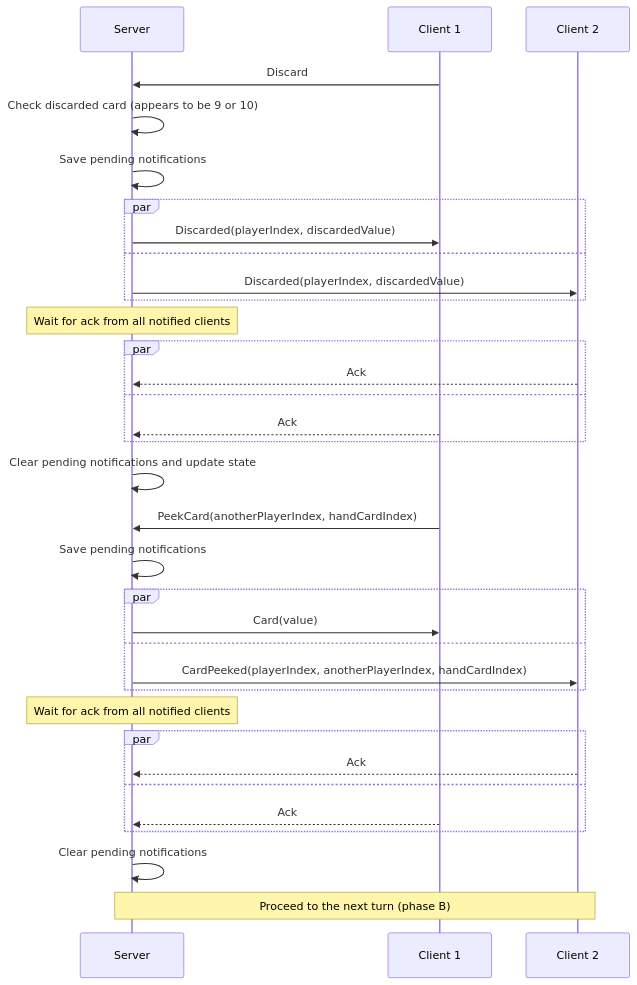
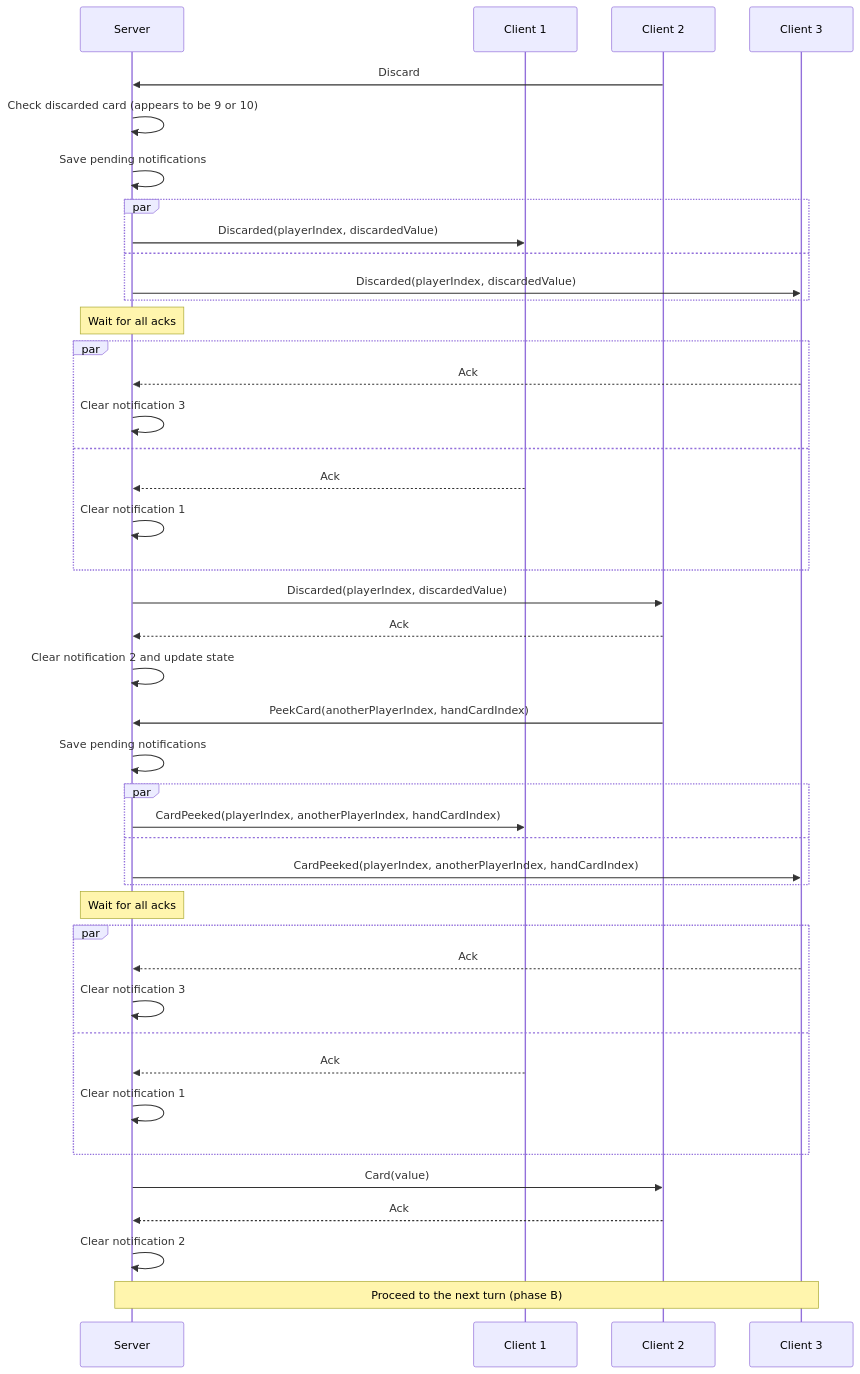
Diagram 12 of 15 in README.md (roman-zubarevich/another), drawn with Mermaid before and after one commit. The commit also changed other lines of this file, not shown here.

````diff
--- a/README.md
+++ b/README.md
@@ -299,36 +355,45 @@
 ```mermaid
 sequenceDiagram
     participant S as Server
     participant C1 as Client 1
     participant C2 as Client 2
-    C1->>S: Discard
+    participant C3 as Client 3
+    C2->>S: Discard
     S->>S: Check discarded card (appears to be 9 or 10)
     S->>S: Save pending notifications
     par
         S->>C1: Discarded(playerIndex, discardedValue)
     and
-        S->>C2: Discarded(playerIndex, discardedValue)
+        S->>C3: Discarded(playerIndex, discardedValue)
     end
-    Note over S: Wait for ack from all notified clients
+    Note over S: Wait for all acks
     par
-        C2-->>S: Ack
+        C3-->>S: Ack
+        S->>S: Clear notification 3
     and
         C1-->>S: Ack
+        S->>S: Clear notification 1
     end
-    S->>S: Clear pending notifications and update state
-    C1->>S: PeekCard(anotherPlayerIndex, handCardIndex)
+    S->>C2: Discarded(playerIndex, discardedValue)
+    C2-->>S: Ack
+    S->>S: Clear notification 2 and update state
+    C2->>S: PeekCard(anotherPlayerIndex, handCardIndex)
     S->>S: Save pending notifications
     par
-        S->>C1: Card(value)
+        S->>C1: CardPeeked(playerIndex, anotherPlayerIndex, handCardIndex)
     and
-        S->>C2: CardPeeked(playerIndex, anotherPlayerIndex, handCardIndex)
+        S->>C3: CardPeeked(playerIndex, anotherPlayerIndex, handCardIndex)
     end
-    Note over S: Wait for ack from all notified clients
+    Note over S: Wait for all acks
     par
-        C2-->>S: Ack
+        C3-->>S: Ack
+        S->>S: Clear notification 3
     and
         C1-->>S: Ack
+        S->>S: Clear notification 1
     end
-    S->>S: Clear pending notifications
-    Note over S,C2: Proceed to the next turn (phase B)
+    S->>C2: Card(value)
+    C2-->>S: Ack
+    S->>S: Clear notification 2
+    Note over S,C3: Proceed to the next turn (phase B)
 ```
````
